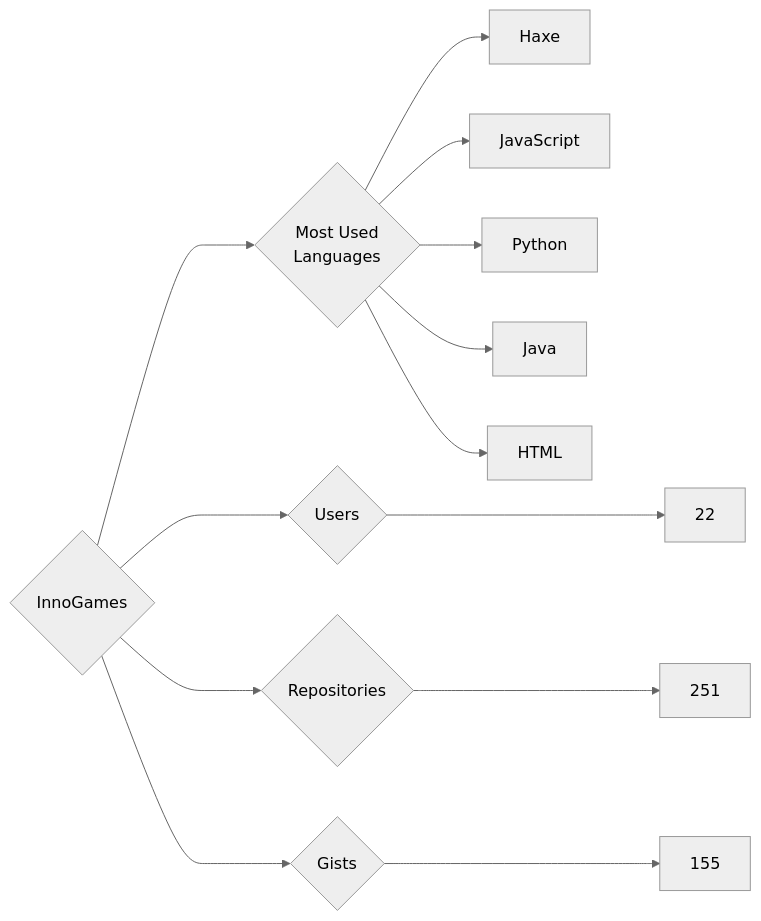
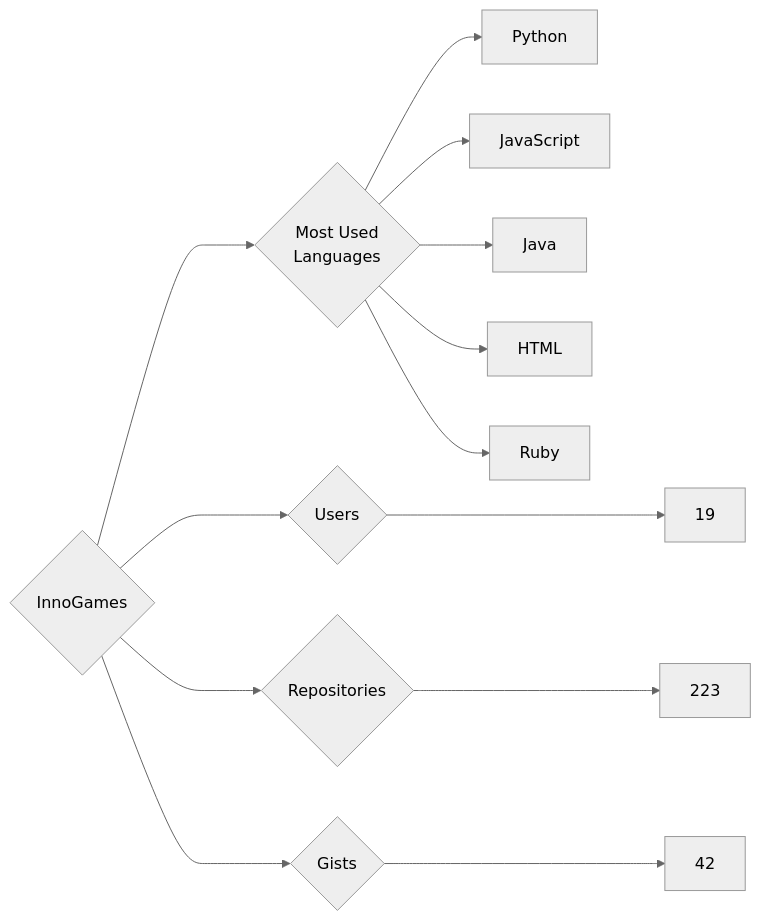
The diagram in targets/InnoGames/README.md (trickest/insiders), drawn with Mermaid (neutral theme) before and after one commit. The commit also changed 900 other files, not shown here.

````diff
--- a/targets/InnoGames/README.md
+++ b/targets/InnoGames/README.md
@@ -3,13 +3,13 @@
 ```mermaid
 graph LR
 COMPANY_NAME{InnoGames}
-COMPANY_NAME ---> U{Users} ---> UN[22]
-COMPANY_NAME ---> R{Repositories} ---> RN[251]
-COMPANY_NAME ---> G{Gists} ---> GN[155]
+COMPANY_NAME ---> U{Users} ---> UN[19]
+COMPANY_NAME ---> R{Repositories} ---> RN[223]
+COMPANY_NAME ---> G{Gists} ---> GN[42]
 COMPANY_NAME ---> ML{Most Used<br>Languages}
-ML --> Haxe[Haxe]
+ML --> Python[Python]
 ML --> JavaScript[JavaScript]
-ML --> Python[Python]
 ML --> Java[Java]
 ML --> HTML[HTML]
+ML --> Ruby[Ruby]
 ```
````
